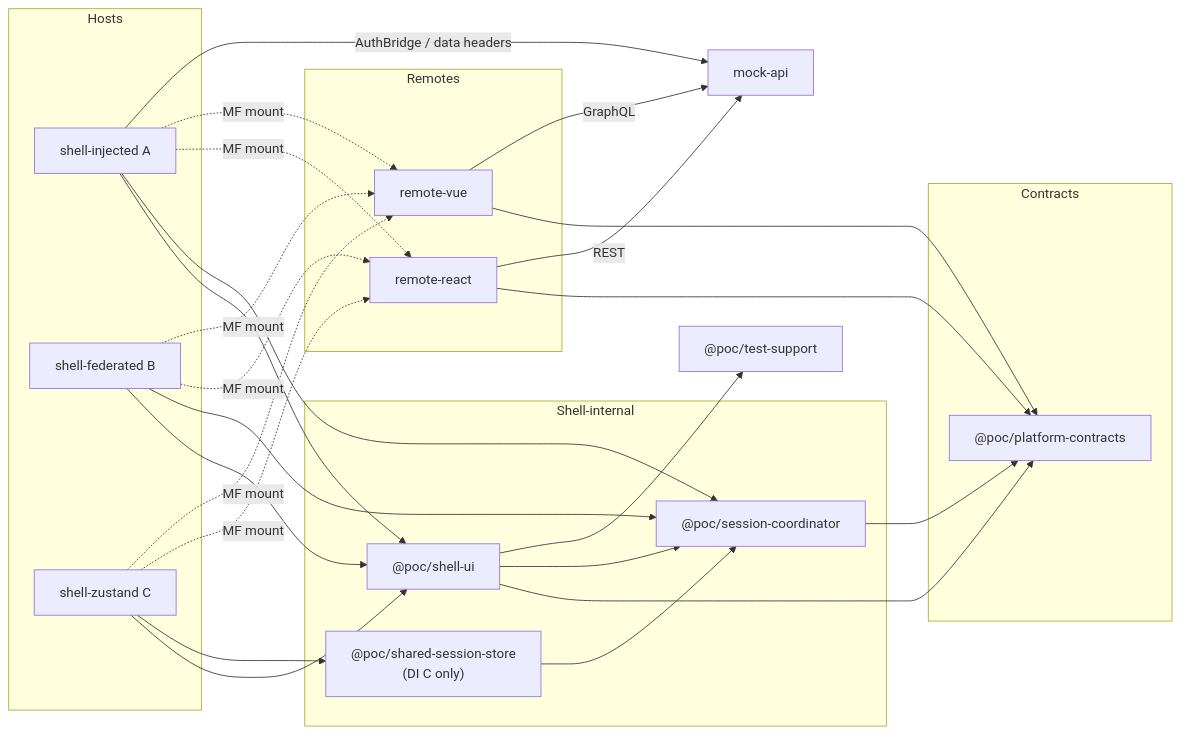
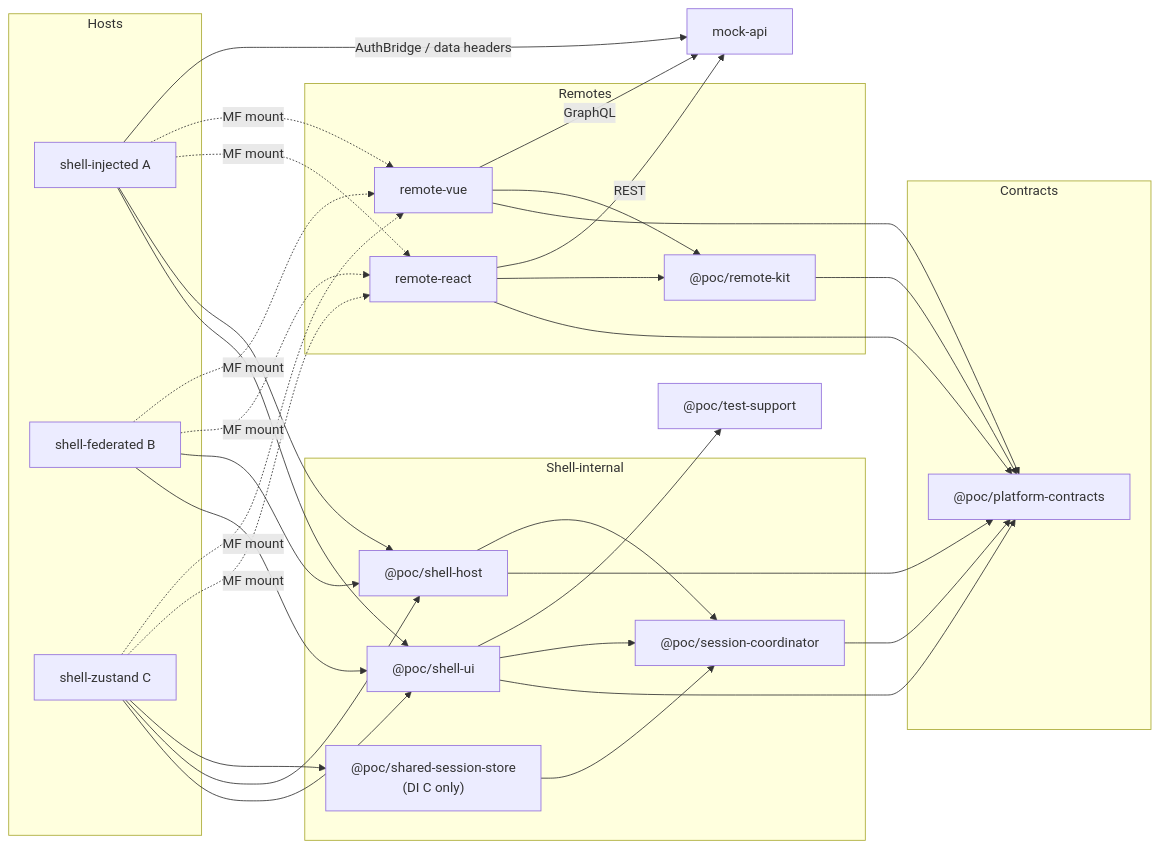
Before and after one commit to kritb-earnin/mfe-federation-poc: the first of 17 diagrams in docs/architecture.md, drawn with Mermaid. The commit also changed other lines of this file and 67 other files, not shown here.

First line of the commit message:
feat: extract shell-host and remote-kit for MFE wiring

````diff
--- a/docs/architecture.md
+++ b/docs/architecture.md
@@ -25,49 +27,57 @@
 ```mermaid
 flowchart LR
   subgraph contracts["Contracts"]
     PC["@poc/platform-contracts"]
   end
 
   subgraph shellInternal["Shell-internal"]
     SC["@poc/session-coordinator"]
+    SH["@poc/shell-host"]
     SU["@poc/shell-ui"]
     SS["@poc/shared-session-store\n(DI C only)"]
   end
 
   subgraph hosts["Hosts"]
     A["shell-injected A"]
     B["shell-federated B"]
     C["shell-zustand C"]
   end
 
   subgraph remotes["Remotes"]
+    RK["@poc/remote-kit"]
     RR["remote-react"]
     RV["remote-vue"]
   end
 
   API["mock-api"]
   TS["@poc/test-support"]
 
   SC --> PC
+  SH --> PC
+  SH --> SC
   SU --> PC
   SU --> SC
   SU --> TS
   SS --> SC
   A --> SU
-  A --> SC
+  A --> SH
   B --> SU
-  B --> SC
+  B --> SH
   C --> SU
+  C --> SH
   C --> SS
+  RK --> PC
   RR --> PC
+  RR --> RK
   RV --> PC
+  RV --> RK
   A -.->|MF mount| RR
   A -.->|MF mount| RV
   B -.->|MF mount| RR
   B -.->|MF mount| RV
   C -.->|MF mount| RR
   C -.->|MF mount| RV
   A -->|AuthBridge / data headers| API
   RR -->|REST| API
   RV -->|GraphQL| API
 ```
````
